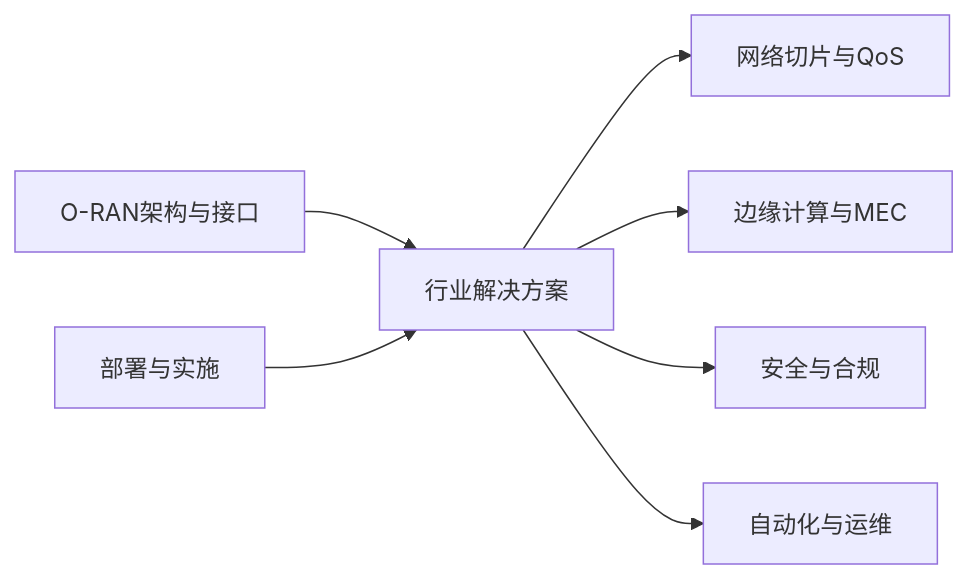
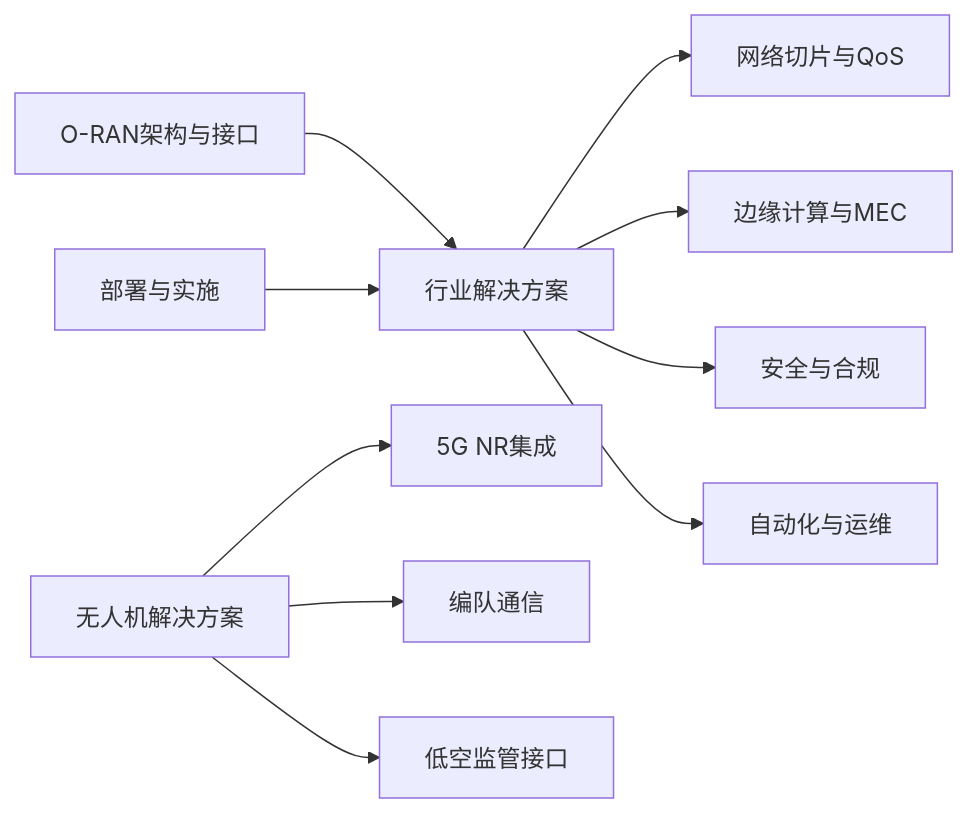
Before and after one commit to allengaller/oran-database: the seventh of 7 diagrams in .qoder/repowiki/zh/content/行业解决方案/行业解决方案.md, drawn with Mermaid. The commit also changed other lines of this file and 3 other files, not shown here.

````diff
--- a/.qoder/repowiki/zh/content/行业解决方案/行业解决方案.md
+++ b/.qoder/repowiki/zh/content/行业解决方案/行业解决方案.md
@@ -217,9 +292,12 @@
 ```mermaid
 graph LR
 架构["O-RAN架构与接口"] --> 方案["行业解决方案"]
 部署["部署与实施"] --> 方案
 方案 --> 切片["网络切片与QoS"]
 方案 --> 边缘["边缘计算与MEC"]
 方案 --> 安全["安全与合规"]
 方案 --> 自动化["自动化与运维"]
+无人机["无人机解决方案"] --> 5GNR["5G NR集成"]
+无人机 --> 编队["编队通信"]
+无人机 --> 监管["低空监管接口"]
 ```
````
